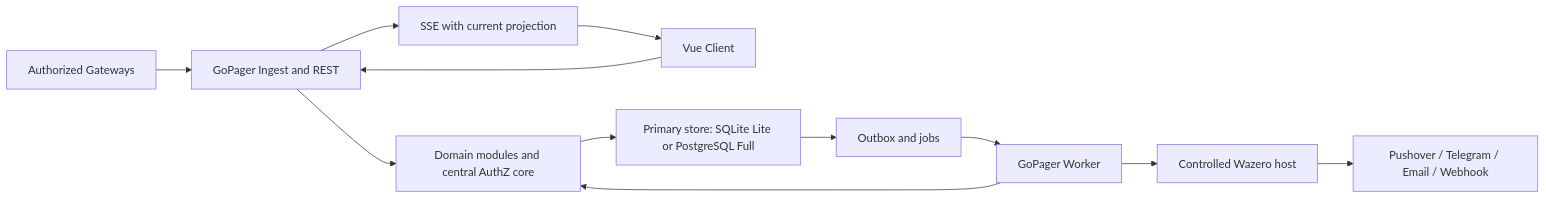
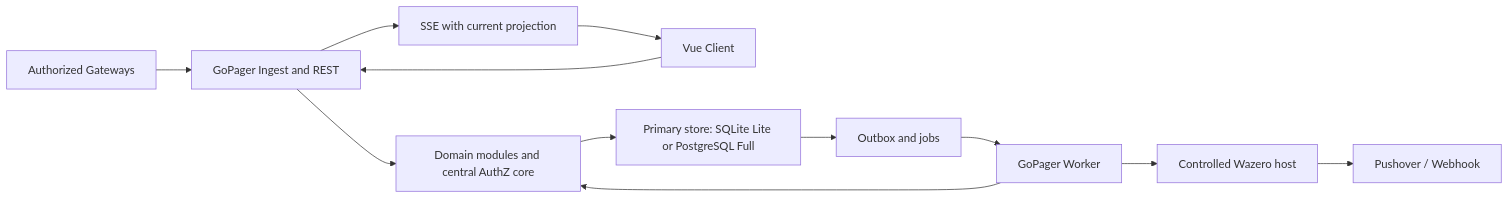
Before and after one commit to gopager/gopager: the first of 2 diagrams in docs/architecture.md, drawn with Mermaid. The commit also changed other lines of this file and 20 other files, not shown here.

````diff
--- a/docs/architecture.md
+++ b/docs/architecture.md
@@ -47,14 +57,14 @@
 ```mermaid
 flowchart LR
     Gateways[Authorized Gateways] --> API[GoPager Ingest and REST]
     Browser[Vue Client] --> API
     API --> Live[SSE with current projection]
     Live --> Browser
     API --> Modules[Domain modules and central AuthZ core]
     Modules --> SQL[Primary store: SQLite Lite or PostgreSQL Full]
     SQL --> Jobs[Outbox and jobs]
     Jobs --> Workers[GoPager Worker]
     Workers --> Modules
     Workers --> Host[Controlled Wazero host]
-    Host --> Targets[Pushover / Telegram / Email / Webhook]
+    Host --> Targets[Pushover / Webhook]
 ```
````
